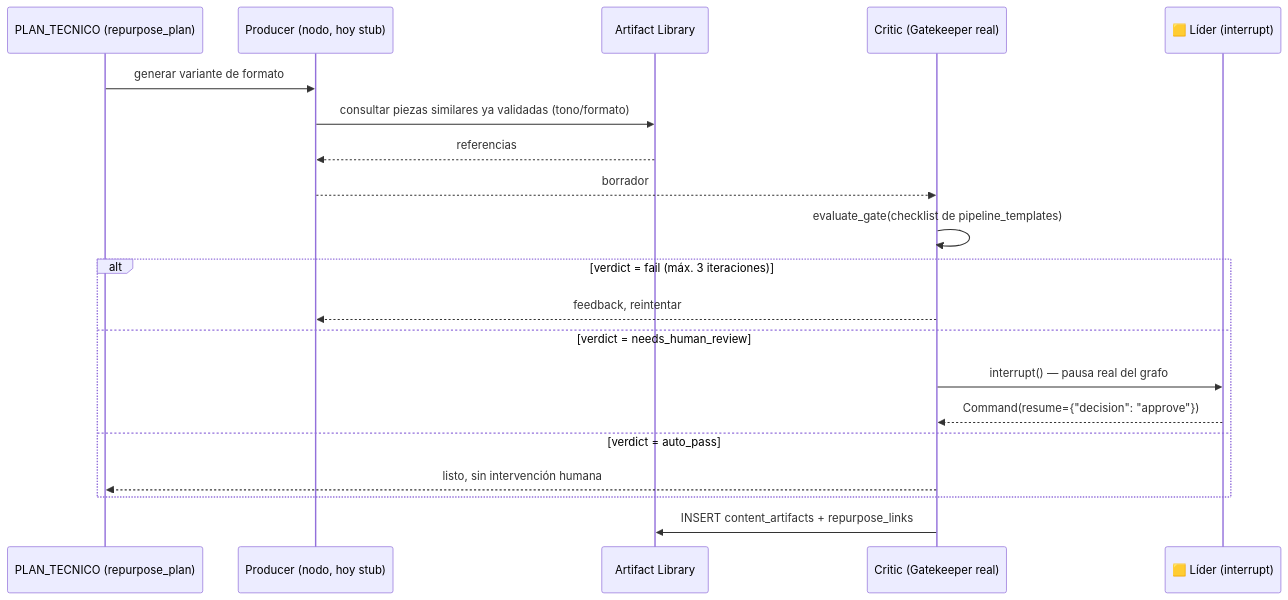
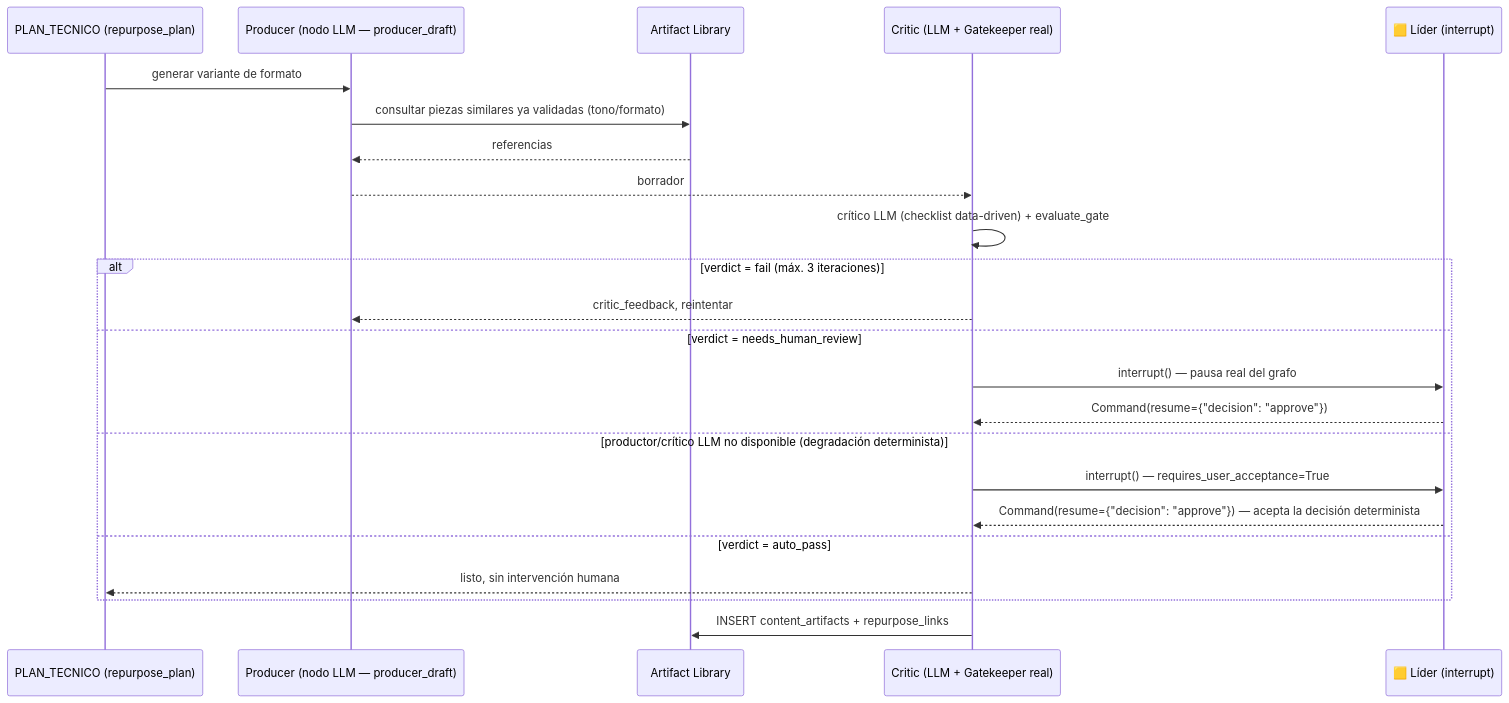
The fifth of 6 diagrams in docs/pipeline_unificado_produccion_contenidos(1).md (diegopaucarv/escapecontentproduction), drawn with Mermaid before and after one commit. The commit also changed other lines of this file and 62 other files, not shown here.

````diff
--- a/docs/pipeline_unificado_produccion_contenidos(1).md
+++ b/docs/pipeline_unificado_produccion_contenidos(1).md
@@ -591,23 +620,26 @@
 ```mermaid
 sequenceDiagram
     participant P as PLAN_TECNICO (repurpose_plan)
-    participant Prod as Producer (nodo, hoy stub)
+    participant Prod as Producer (nodo LLM — producer_draft)
     participant AL as Artifact Library
-    participant Crit as Critic (Gatekeeper real)
+    participant Crit as Critic (LLM + Gatekeeper real)
     participant H as 🟨 Líder (interrupt)
 
     P->>Prod: generar variante de formato
     Prod->>AL: consultar piezas similares ya validadas (tono/formato)
     AL-->>Prod: referencias
     Prod-->>Crit: borrador
-    Crit->>Crit: evaluate_gate(checklist de pipeline_templates)
+    Crit->>Crit: crítico LLM (checklist data-driven) + evaluate_gate
     alt verdict = fail (máx. 3 iteraciones)
-        Crit-->>Prod: feedback, reintentar
+        Crit-->>Prod: critic_feedback, reintentar
     else verdict = needs_human_review
         Crit->>H: interrupt() — pausa real del grafo
         H-->>Crit: Command(resume={"decision": "approve"})
+    else productor/crítico LLM no disponible (degradación determinista)
+        Crit->>H: interrupt() — requires_user_acceptance=True
+        H-->>Crit: Command(resume={"decision": "approve"}) — acepta la decisión determinista
     else verdict = auto_pass
         Crit-->>P: listo, sin intervención humana
     end
     Crit->>AL: INSERT content_artifacts + repurpose_links
 ```
````
